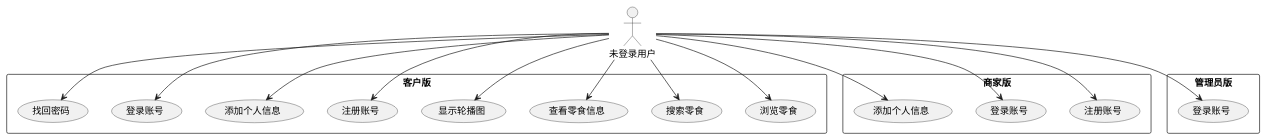
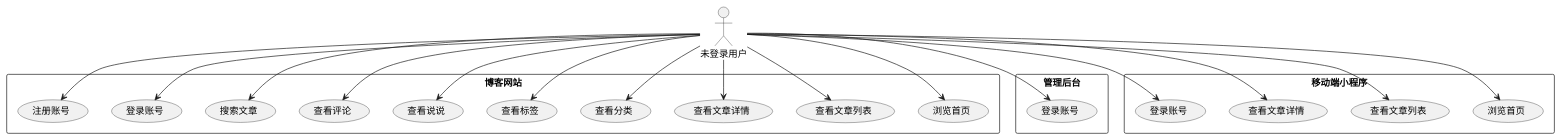
One commit to yello-rush/-springvue- changed the first of 3 diagrams in 系统分析.md. Above: the diagram before and after it, drawn with PlantUML. The commit also changed other lines of this file, not shown here.

````diff
--- a/系统分析.md
+++ b/系统分析.md
@@ -141,48 +141,54 @@
 ```plantuml
 @startuml
 ' 垂直布局
 top to bottom direction
 
 ' 角色定义
 actor "未登录用户" as Actor1
 
-' 客户版用例
-rectangle "客户版" as Client {
-  usecase "浏览零食" as UC1
-  usecase "搜索零食" as UC2
-  usecase "查看零食信息" as UC3
-  usecase "显示轮播图" as UC4
-  usecase "注册账号" as UC5
-  usecase "添加个人信息" as UC6
-  usecase "登录账号" as UC7
-  usecase "找回密码" as UC8
+' 博客网站用例
+rectangle "博客网站" as Blog {
+  usecase "浏览首页" as UC1
+  usecase "查看文章列表" as UC2
+  usecase "查看文章详情" as UC3
+  usecase "查看分类" as UC4
+  usecase "查看标签" as UC5
+  usecase "查看说说" as UC6
+  usecase "查看评论" as UC7
+  usecase "搜索文章" as UC8
+  usecase "登录账号" as UC9
+  usecase "注册账号" as UC10
 }
 
-' 商家版用例
-rectangle "商家版" as Merchant {
-  usecase "注册账号" as UC9
-  usecase "登录账号" as UC10
-  usecase "添加个人信息" as UC11
+' 管理后台用例
+rectangle "管理后台" as Admin {
+  usecase "登录账号" as UC11
 }
 
-' 管理员版用例
-rectangle "管理员版" as Admin {
-  usecase "登录账号" as UC12
+' 移动端小程序用例
+rectangle "移动端小程序" as App {
+  usecase "浏览首页" as UC12
+  usecase "查看文章列表" as UC13
+  usecase "查看文章详情" as UC14
+  usecase "登录账号" as UC15
 }
 
 ' 关系定义
 Actor1 --> UC1
 Actor1 --> UC2
 Actor1 --> UC3
 Actor1 --> UC4
 Actor1 --> UC5
 Actor1 --> UC6
 Actor1 --> UC7
 Actor1 --> UC8
 Actor1 --> UC9
 Actor1 --> UC10
 Actor1 --> UC11
 Actor1 --> UC12
+Actor1 --> UC13
+Actor1 --> UC14
+Actor1 --> UC15
 
 @enduml
 ```
````
